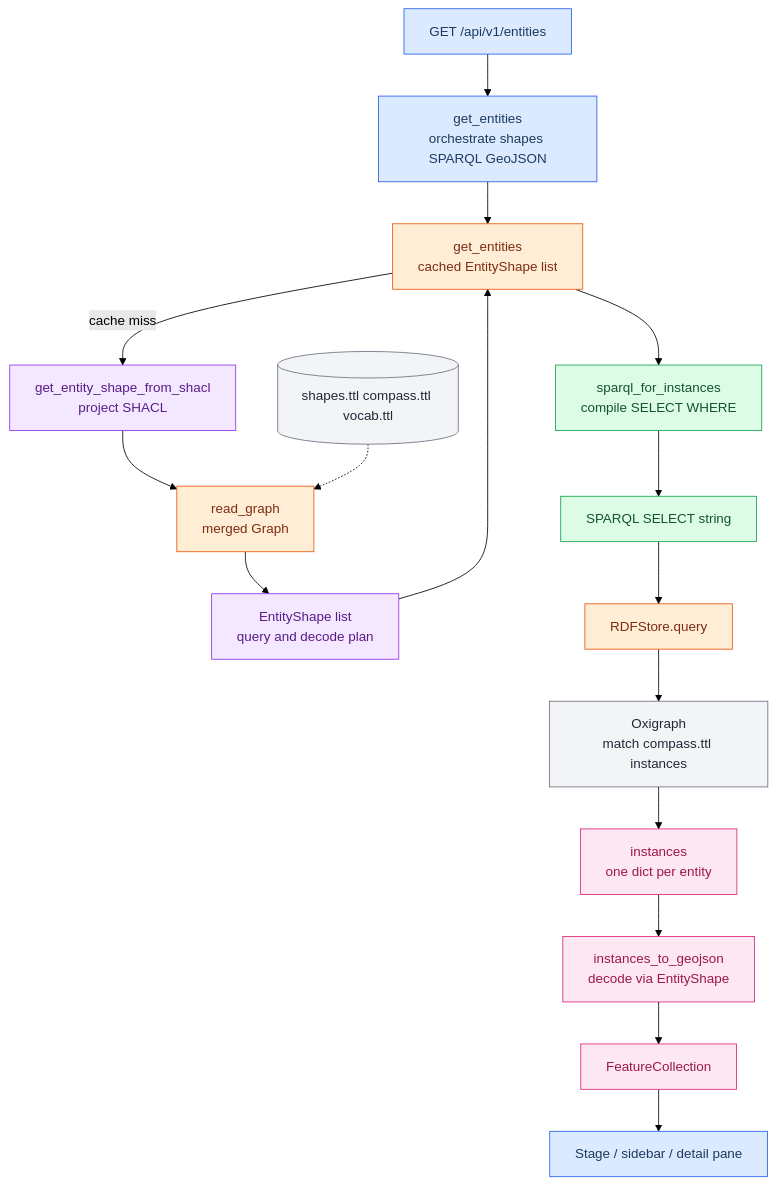
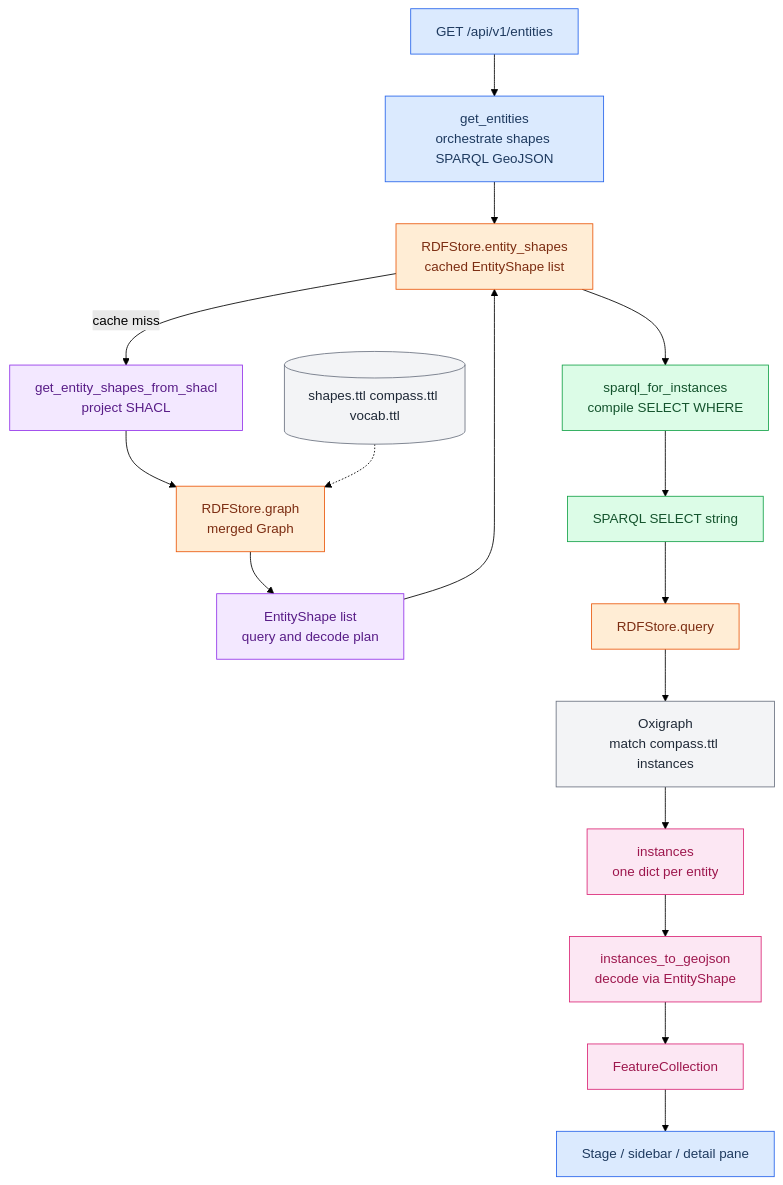
Before and after one commit to sdsc-ordes/compass: the second of 2 diagrams in docs/backend/design.md, drawn with Mermaid (forest theme). The commit also changed other lines of this file and 17 other files, not shown here.

````diff
--- a/docs/backend/design.md
+++ b/docs/backend/design.md
@@ -50,38 +52,38 @@
 ```mermaid
 flowchart TB
   API["GET /api/v1/entities"]
   ER["get_entities<br/>orchestrate shapes SPARQL GeoJSON"]
-  EF["get_entities<br/>cached EntityShape list"]
-  EP["get_entity_shape_from_shacl<br/>project SHACL"]
-  G["read_graph<br/>merged Graph"]
+  EF["RDFStore.entity_shapes<br/>cached EntityShape list"]
+  EP["get_entity_shapes_from_shacl<br/>project SHACL"]
+  G["RDFStore.graph<br/>merged Graph"]
   TTL[("shapes.ttl compass.ttl vocab.ttl")]
   SHAPE["EntityShape list<br/>query and decode plan"]
   B["sparql_for_instances<br/>compile SELECT WHERE"]
   QSTR["SPARQL SELECT string"]
   Q["RDFStore.query"]
   OXI["Oxigraph<br/>match compass.ttl instances"]
   INST["instances<br/>one dict per entity"]
   GEO["instances_to_geojson<br/>decode via EntityShape"]
   FC["FeatureCollection"]
   MAP["Stage / sidebar / detail pane"]
 
   API --> ER --> EF
   EF -->|cache miss| EP --> G
   TTL -.-> G
   G --> SHAPE --> EF
   EF --> B --> QSTR --> Q --> OXI --> INST --> GEO --> FC --> MAP
 
   classDef router fill:#dbeafe,stroke:#2563eb,color:#1e3a5f
   classDef rdf fill:#ffedd5,stroke:#ea580c,color:#7c2d12
   classDef entitiesmod fill:#f3e8ff,stroke:#9333ea,color:#581c87
   classDef builder fill:#dcfce7,stroke:#16a34a,color:#14532d
   classDef translator fill:#fce7f3,stroke:#db2777,color:#9d174d
   classDef ontology fill:#f3f4f6,stroke:#6b7280,color:#1f2937
 
   class API,MAP,ER router
   class EF,G,Q rdf
   class EP,SHAPE entitiesmod
   class B,QSTR builder
   class GEO,FC,INST translator
   class TTL,OXI ontology
 ```
````
